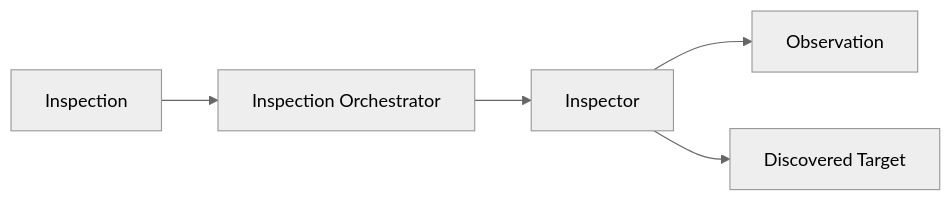
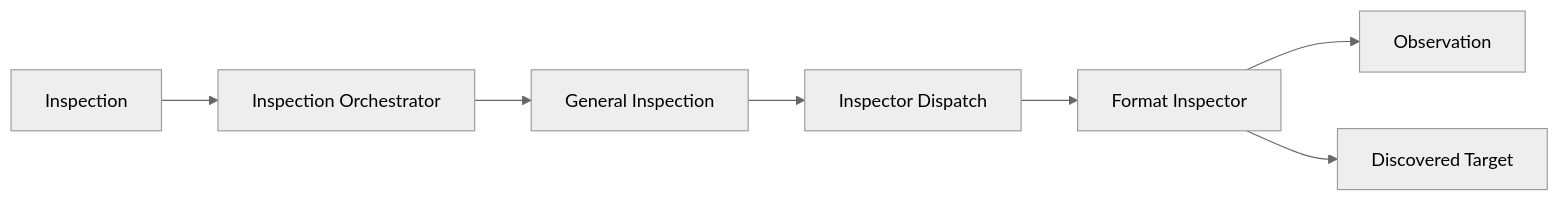
One commit to RedCipherNode/sentinelx changed the fourth of 8 diagrams in docs/DIAGRAM.md. Above: the diagram before and after it, drawn with Mermaid (neutral theme). The commit also changed other lines of this file and 2 other files, not shown here.

Commit message:
refactor: redesign inspection orchestration and update architecture diagrams

````diff
--- a/docs/DIAGRAM.md
+++ b/docs/DIAGRAM.md
@@ -269,12 +286,16 @@
 ```mermaid
 flowchart LR
 
     A[Inspection]
         --> B[Inspection Orchestrator]
 
-    B --> C[Inspector]
+    B --> C[General Inspection]
 
-    C --> D[Observation]
+    C --> D[Inspector Dispatch]
 
-    C --> E[Discovered Target]
+    D --> E[Format Inspector]
+
+    E --> F[Observation]
+
+    E --> G[Discovered Target]
 ```
````
